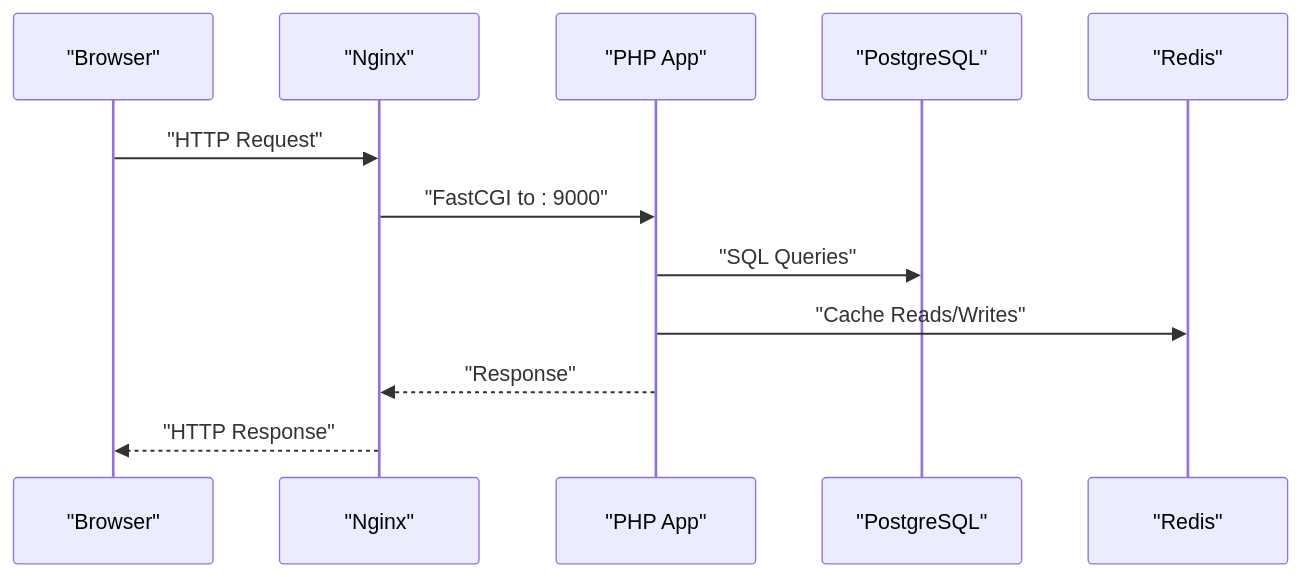
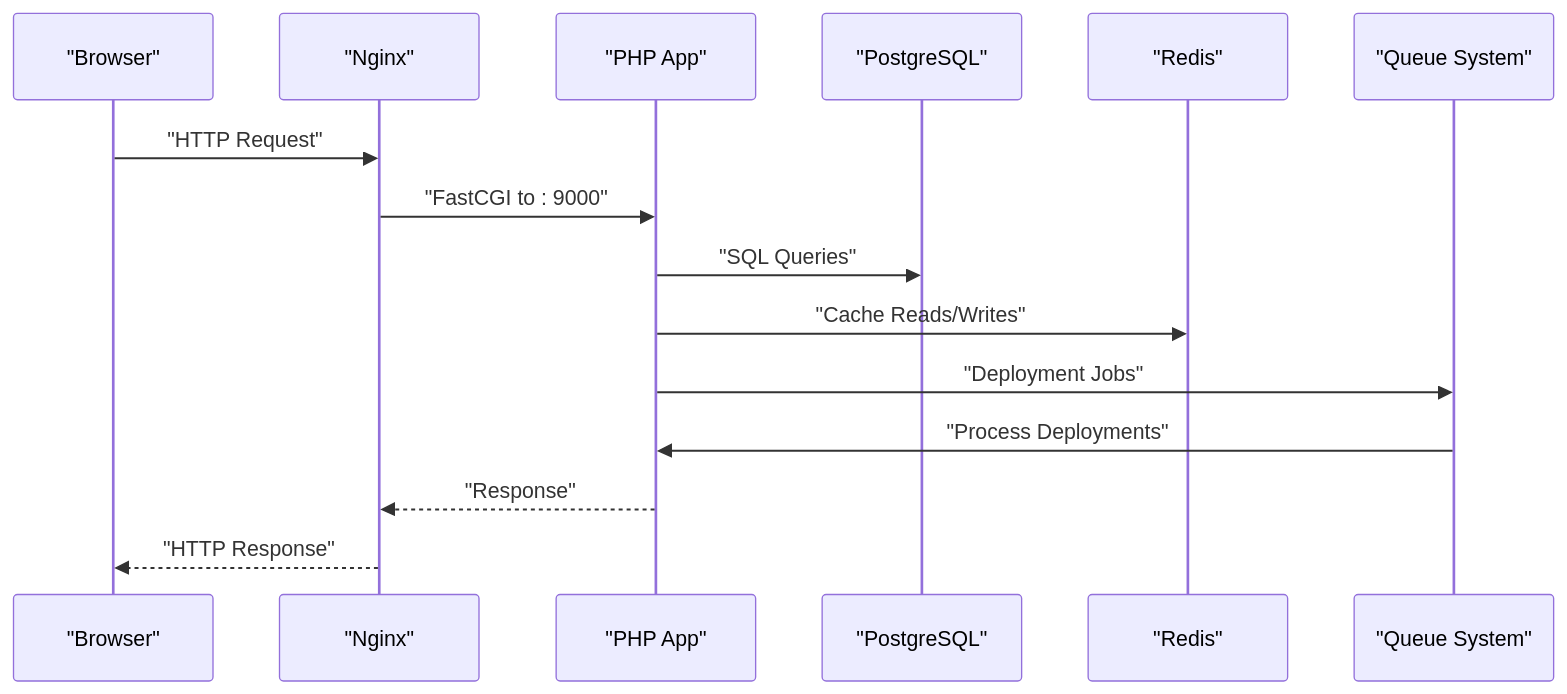
The second of 3 diagrams in .qoder/repowiki/en/content/Deployment & Operations/Deployment & Operations.md (FCS-WP/website_portal), drawn with Mermaid before and after one commit. The commit also changed other lines of this file and 89 other files, not shown here.

````diff
--- a/.qoder/repowiki/en/content/Deployment & Operations/Deployment & Operations.md
+++ b/.qoder/repowiki/en/content/Deployment & Operations/Deployment & Operations.md
@@ -118,14 +145,17 @@
 ```mermaid
 sequenceDiagram
 participant Browser as "Browser"
 participant Nginx as "Nginx"
 participant PHP as "PHP App"
 participant DB as "PostgreSQL"
 participant Cache as "Redis"
+participant Queue as "Queue System"
 Browser->>Nginx : "HTTP Request"
 Nginx->>PHP : "FastCGI to : 9000"
 PHP->>DB : "SQL Queries"
 PHP->>Cache : "Cache Reads/Writes"
+PHP->>Queue : "Deployment Jobs"
+Queue->>PHP : "Process Deployments"
 PHP-->>Nginx : "Response"
 Nginx-->>Browser : "HTTP Response"
 ```
````
